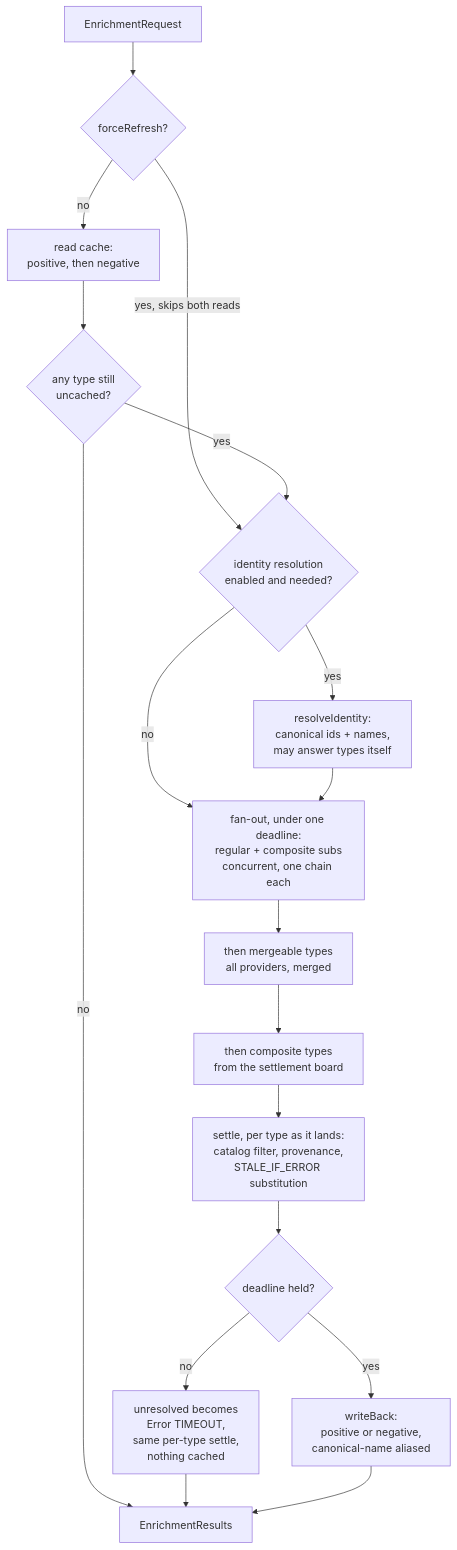
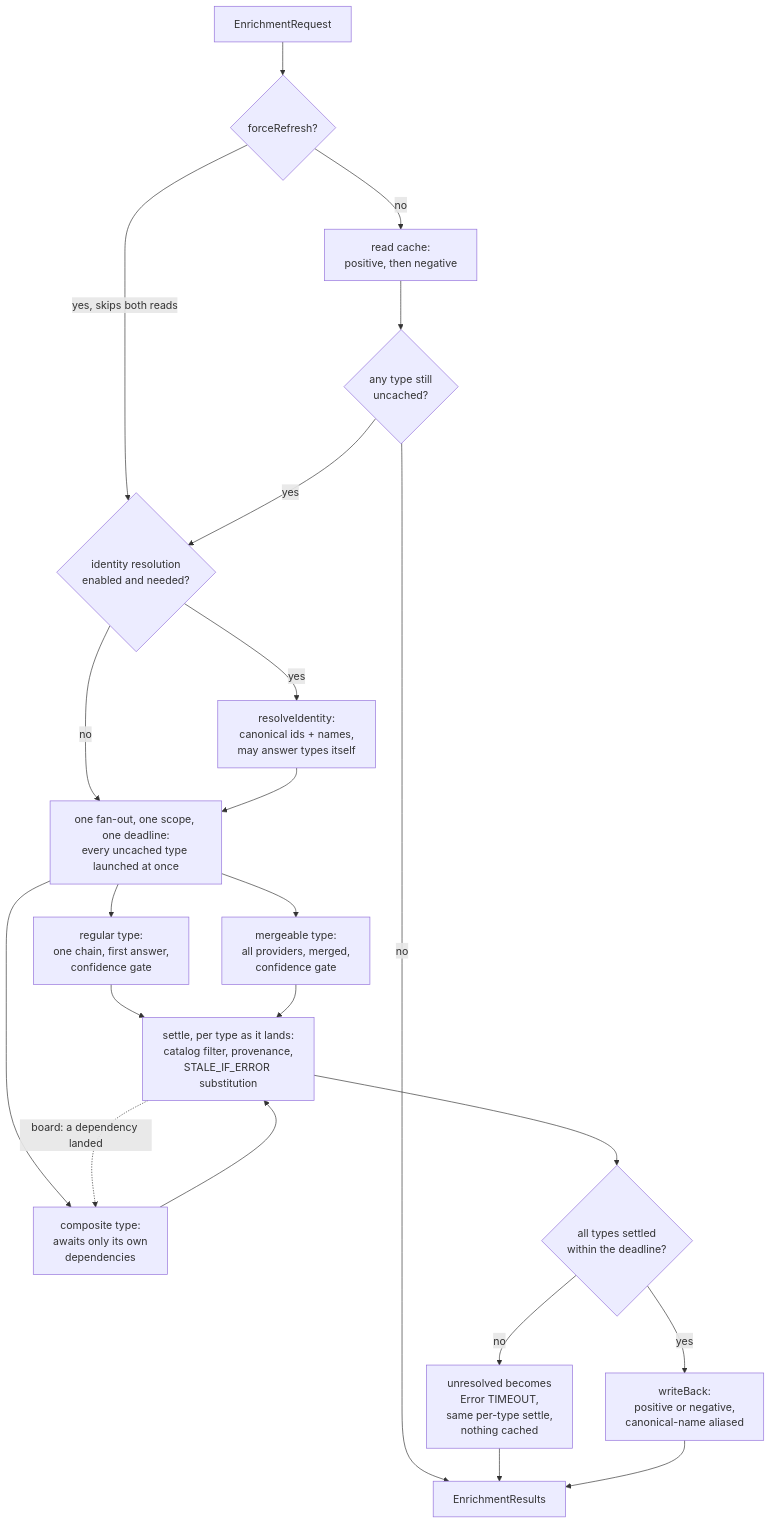
One commit to famesjranko/musicmeta changed the second of 3 diagrams in ARCHITECTURE.md. Above: the diagram before and after it, drawn with Mermaid. The commit also changed other lines of this file and 2 other files, not shown here.

Commit message:
docs: redraw the enrich fan-out and per-type settlement from the engine (#392)
* docs: redraw the enrich fan-out and per-type settlement from the engine

* test: fix two stale descriptions in how-it-works and FanOutAndSettleTest

---------

````diff
--- a/ARCHITECTURE.md
+++ b/ARCHITECTURE.md
@@ -98,23 +98,27 @@
 ```mermaid
 flowchart TD
     req["EnrichmentRequest"] --> force{"forceRefresh?"}
     force -->|"yes, skips both reads"| ident
     force -->|no| cacheread["read cache:<br/>positive, then negative"]
     cacheread --> anyleft{"any type still<br/>uncached?"}
     anyleft -->|no| results
     anyleft -->|yes| ident{"identity resolution<br/>enabled and needed?"}
-    ident -->|no| regular
+    ident -->|no| fanout
     ident -->|yes| resolve["resolveIdentity:<br/>canonical ids + names,<br/>may answer types itself"]
-    resolve --> regular
 
-    regular["fan-out, under one deadline:<br/>regular + composite subs<br/>concurrent, one chain each"]
-    regular --> mergeable["then mergeable types<br/>all providers, merged"]
-    mergeable --> composite["then composite types<br/>from the settlement board"]
-
-    composite --> settle["settle, per type as it lands:<br/>catalog filter, provenance,<br/>STALE_IF_ERROR substitution"]
-    settle --> deadline{"deadline held?"}
+    resolve --> fanout
+    fanout["one fan-out, one scope, one deadline:<br/>every uncached type launched at once"]
+    fanout --> regular["regular type:<br/>one chain, first answer,<br/>confidence gate"]
+    fanout --> mergeable["mergeable type:<br/>all providers, merged,<br/>confidence gate"]
+    fanout --> composite["composite type:<br/>awaits only its own<br/>dependencies"]
+    regular --> settle
+    mergeable --> settle
+    composite --> settle
+    settle["settle, per type as it lands:<br/>catalog filter, provenance,<br/>STALE_IF_ERROR substitution"]
+    settle -.->|"board: a dependency landed"| composite
+    settle --> deadline{"all types settled<br/>within the deadline?"}
     deadline -->|"no"| timedout["unresolved becomes<br/>Error TIMEOUT,<br/>same per-type settle,<br/>nothing cached"]
     deadline -->|yes| writeback["writeBack:<br/>positive or negative,<br/>canonical-name aliased"]
     timedout --> results
     writeback --> results["EnrichmentResults"]
 ```
````
